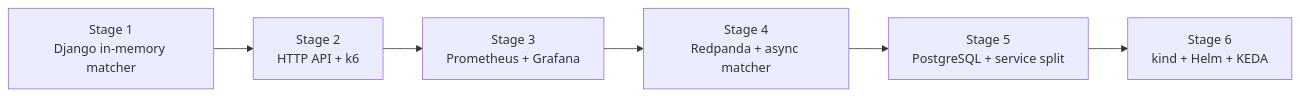
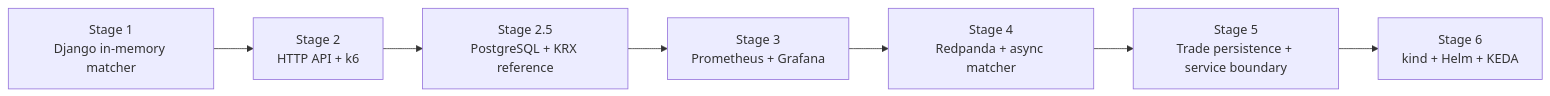
One commit to grademe12/stock-market changed the first of 2 diagrams in docs/IMPLEMENTATION_PLAN.md. Above: the diagram before and after it, drawn with Mermaid. The commit also changed other lines of this file and 24 other files, not shown here.

Commit message:
Add PostgreSQL-backed KRX top 100 import

````diff
--- a/docs/IMPLEMENTATION_PLAN.md
+++ b/docs/IMPLEMENTATION_PLAN.md
@@ -42,8 +41,9 @@
 ```mermaid
 flowchart LR
     S1[Stage 1\nDjango in-memory matcher] --> S2[Stage 2\nHTTP API + k6]
-    S2 --> S3[Stage 3\nPrometheus + Grafana]
+    S2 --> S25[Stage 2.5\nPostgreSQL + KRX reference]
+    S25 --> S3[Stage 3\nPrometheus + Grafana]
     S3 --> S4[Stage 4\nRedpanda + async matcher]
-    S4 --> S5[Stage 5\nPostgreSQL + service split]
+    S4 --> S5[Stage 5\nTrade persistence + service boundary]
     S5 --> S6[Stage 6\nkind + Helm + KEDA]
 ```
````
